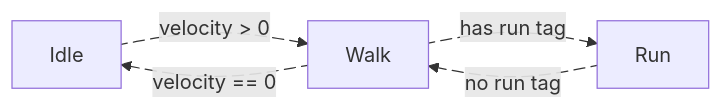
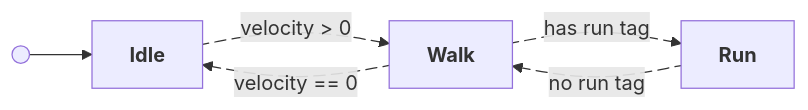
Before and after one commit to mugenmelon/mugenmelon.github.io: the first of 3 diagrams in _posts/1970-01-01-mugen-devlog-1.md, drawn with Mermaid. The commit also changed other lines of this file, not shown here.

Commit message:
Improve diagrams

```diff
--- a/_posts/1970-01-01-mugen-devlog-1.md
+++ b/_posts/1970-01-01-mugen-devlog-1.md
@@ -83,16 +83,18 @@
 <pre class="mermaid">
 flowchart LR
-    Idle
-    Walk
-    Run
+    start@{ shape: sm-circ }
+    idle["`**Idle**`"]
+    walk["`**Walk**`"]
+    run["`**Run**`"]
 
-    Idle e1@-->|velocity > 0| Walk
-    Walk e2@-->|velocity == 0| Idle
-    Walk e3@-->|has run tag| Run
-    Run e4@-->|no run tag| Walk
+    start --> idle
+    idle e1@-->|velocity > 0| walk
+    walk e2@-->|velocity == 0| idle
+    walk e3@-->|has run tag| run
+    run e4@-->|no run tag| walk
 
     e1@{ animate: true }
     e2@{ animate: true }
     e3@{ animate: true }
     e4@{ animate: true }
 </pre>
```
